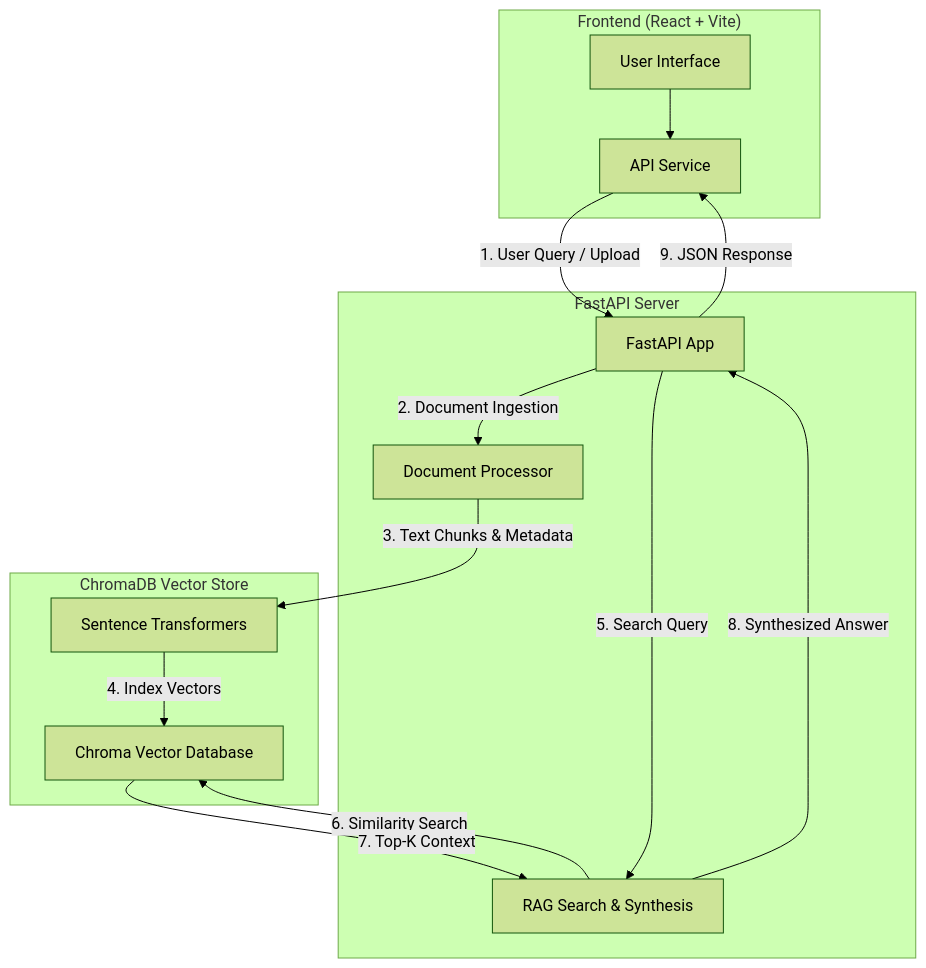
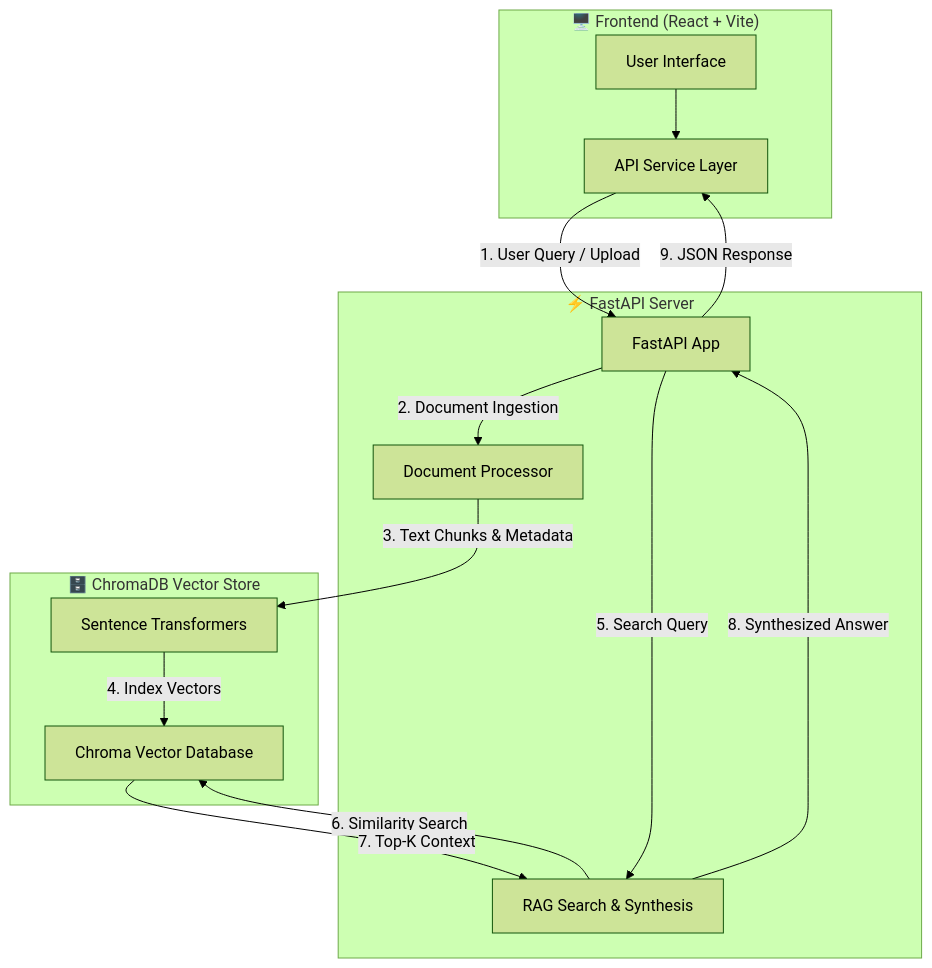
Before and after one commit to ThilakesB/Bank-of-Librio: the diagram in README.md, drawn with Mermaid (forest theme). The commit also changed other lines of this file and 12 other files, not shown here.

````diff
--- a/README.md
+++ b/README.md
@@ -13,29 +33,29 @@
 ```mermaid
 flowchart TD
-    subgraph Frontend["Frontend (React + Vite)"]
+    subgraph Frontend["🖥️ Frontend (React + Vite)"]
         UI["User Interface"]
-        APIClient["API Service"]
+        APIClient["API Service Layer"]
         UI --> APIClient
     end
 
-    subgraph Backend["FastAPI Server"]
+    subgraph Backend["⚡ FastAPI Server"]
         API["FastAPI App"]
         DocProc["Document Processor"]
         RAGEngine["RAG Search & Synthesis"]
     end
 
-    subgraph Database["ChromaDB Vector Store"]
+    subgraph Database["🗄️ ChromaDB Vector Store"]
         Embeddings["Sentence Transformers"]
         VectorDB["Chroma Vector Database"]
     end
 
     APIClient -->|"1. User Query / Upload"| API
     API -->|"2. Document Ingestion"| DocProc
     DocProc -->|"3. Text Chunks & Metadata"| Embeddings
     Embeddings -->|"4. Index Vectors"| VectorDB
     API -->|"5. Search Query"| RAGEngine
     RAGEngine -->|"6. Similarity Search"| VectorDB
     VectorDB -->|"7. Top-K Context"| RAGEngine
     RAGEngine -->|"8. Synthesized Answer"| API
     API -->|"9. JSON Response"| APIClient
 ```
````
